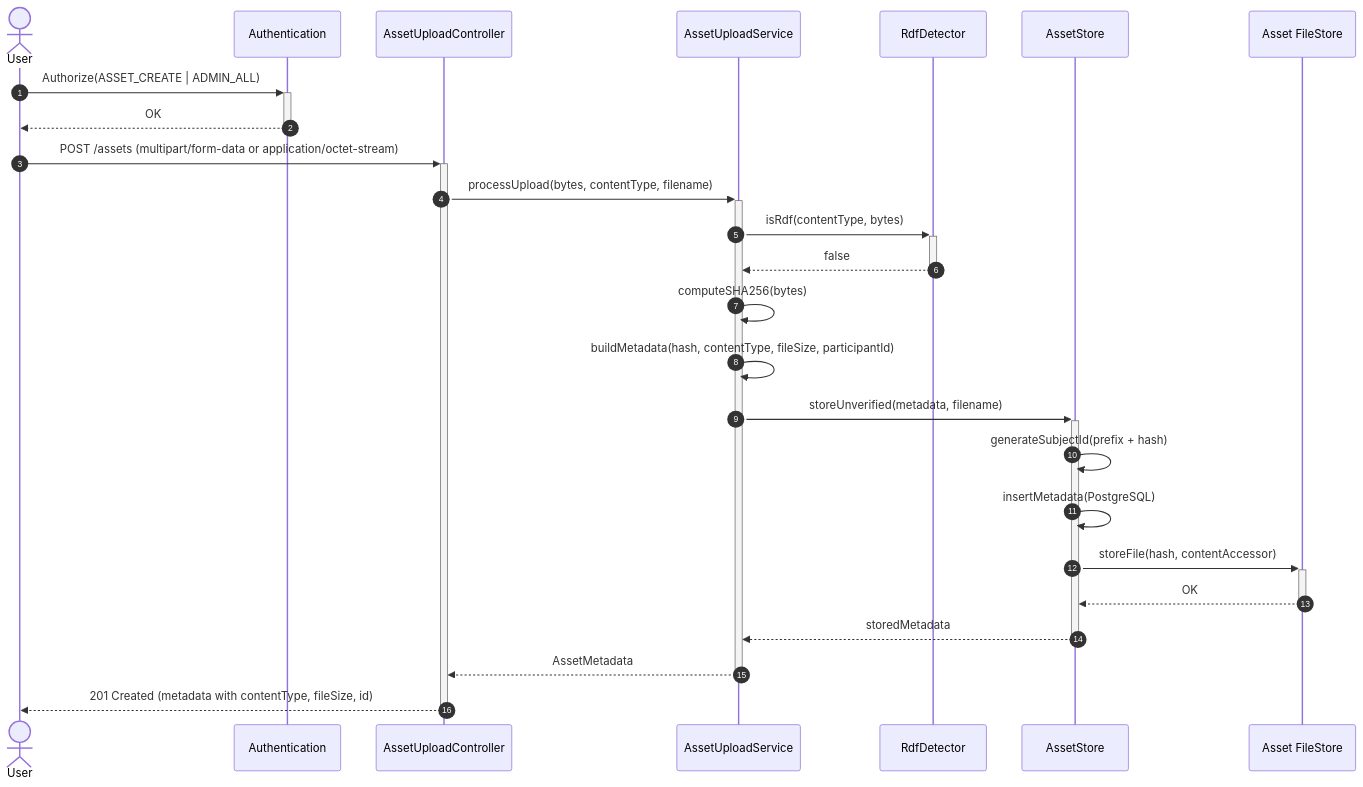
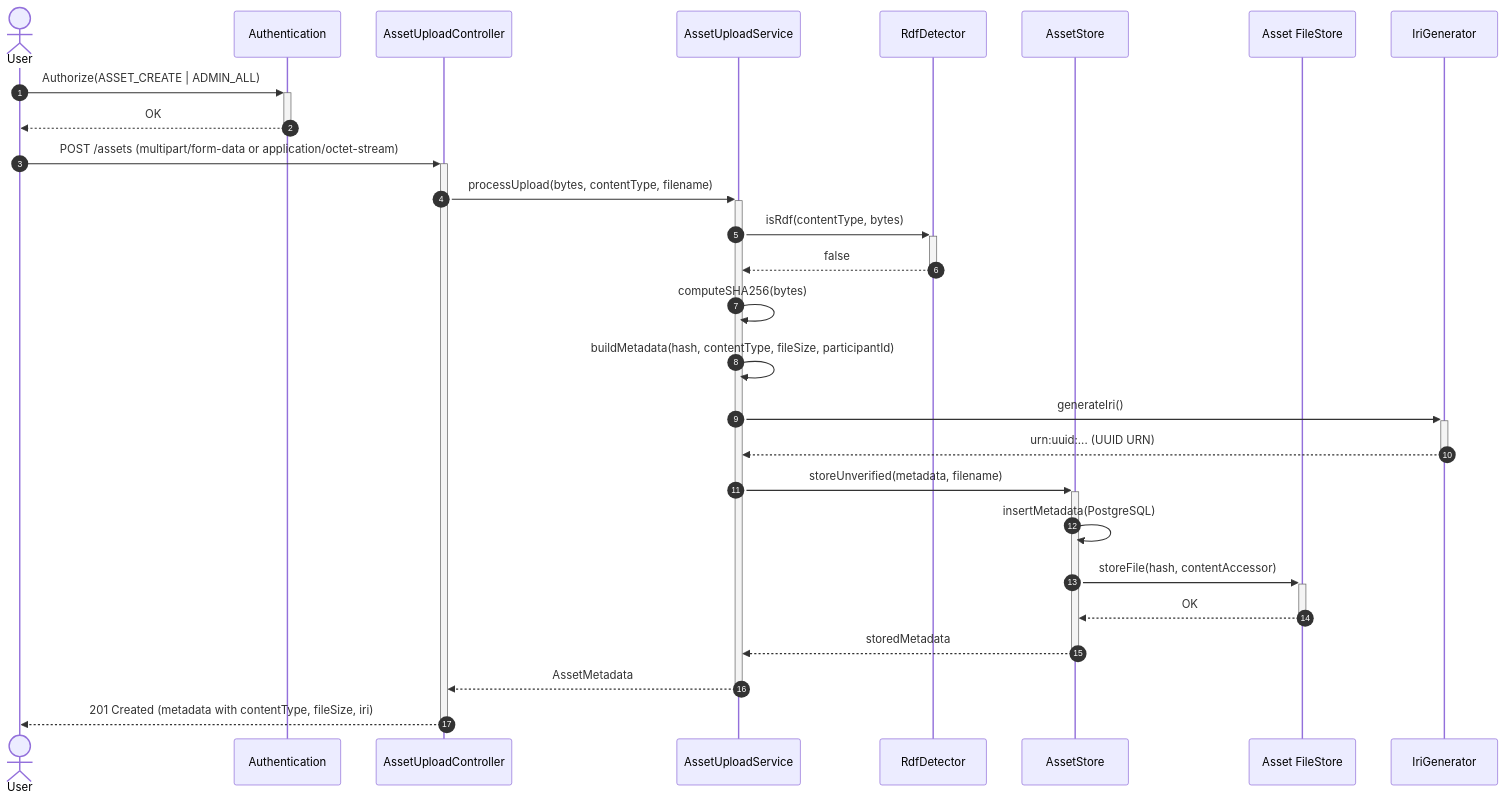
Diagram 18 of 35 in federated-catalogue/src/docs/architecture/chapters/06_runtime_view.adoc (federated-catalogue-enhancements-2026/docs), drawn with Mermaid before and after one commit. The commit also changed other lines of this file and 4 other files, not shown here.

First line of the commit message:
Enhancement  [CAT-FR-AM-02] Asset IRI Assignment (#11)

```diff
--- a/federated-catalogue/src/docs/architecture/chapters/06_runtime_view.adoc
+++ b/federated-catalogue/src/docs/architecture/chapters/06_runtime_view.adoc
@@ -622,29 +625,30 @@
 [mermaid, width=2000]
 ....
 sequenceDiagram
     autonumber
     actor User
     participant Auth as Authentication
     participant API as AssetUploadController
     participant Service as AssetUploadService
     participant RdfDetector
     participant AssetStore as AssetStore
     participant FileStore as Asset FileStore
 
     User ->> + Auth:Authorize(ASSET_CREATE | ADMIN_ALL)
     Auth -->> - User:OK
     User ->> + API:POST /assets (multipart/form-data or application/octet-stream)
     API ->> + Service:processUpload(bytes, contentType, filename)
     Service ->> + RdfDetector:isRdf(contentType, bytes)
     RdfDetector -->> - Service:false
     Service ->> Service:computeSHA256(bytes)
     Service ->> Service:buildMetadata(hash, contentType, fileSize, participantId)
+    Service ->> + IriGenerator:generateIri()
+    IriGenerator -->> - Service:urn:uuid:... (UUID URN)
     Service ->> + AssetStore:storeUnverified(metadata, filename)
-    AssetStore ->> AssetStore:generateSubjectId(prefix + hash)
     AssetStore ->> AssetStore:insertMetadata(PostgreSQL)
     AssetStore ->> + FileStore:storeFile(hash, contentAccessor)
     FileStore -->> - AssetStore:OK
     AssetStore -->> - Service:storedMetadata
     Service -->> - API:AssetMetadata
-    API -->> - User:201 Created (metadata with contentType, fileSize, id)
+    API -->> - User:201 Created (metadata with contentType, fileSize, iri)
 ....
```
